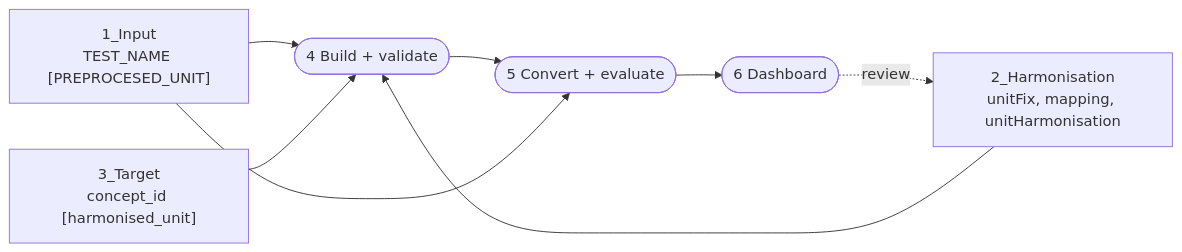
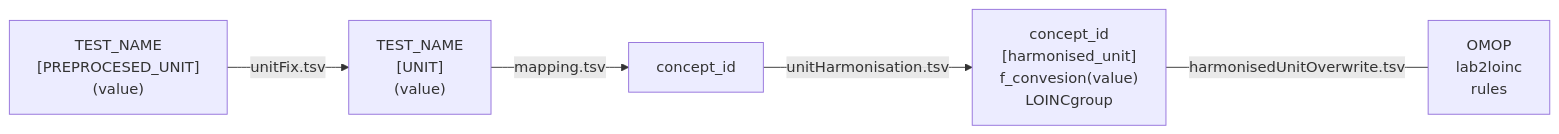
The diagram in README.md (FINNGEN/kanta_lab_harmonisation_public), drawn with Mermaid before and after one commit. The commit also changed other lines of this file, not shown here.

````diff
--- a/README.md
+++ b/README.md
@@ -49,10 +21,7 @@
 ```mermaid
 flowchart LR
-    I["1_Input<br/>TEST_NAME [PREPROCESED_UNIT]"] --> B
-    H["2_Harmonisation<br/>unitFix, mapping, unitHarmonisation"] --> B
-    T["3_Target<br/>concept_id [harmonised_unit]"] --> B
-    B(["4 Build + validate"]) --> E(["5 Convert + evaluate"])
-    I --> E
-    E --> D(["6 Dashboard"])
-    D -. review .-> H
+    S["TEST_NAME<br>[PREPROCESED_UNIT]<br>(value)"] -- unitFix.tsv --> F["TEST_NAME<br>[UNIT]<br>(value)"]
+    F -- mapping.tsv --> C["concept_id"]
+    C -- unitHarmonisation.tsv --> D["concept_id<br>[harmonised_unit]<br>f_convesion(value)<br>LOINCgroup"]
+    D --harmonisedUnitOverwrite.tsv--- E[OMOP<br>lab2loinc<br>rules]
 ```
````
